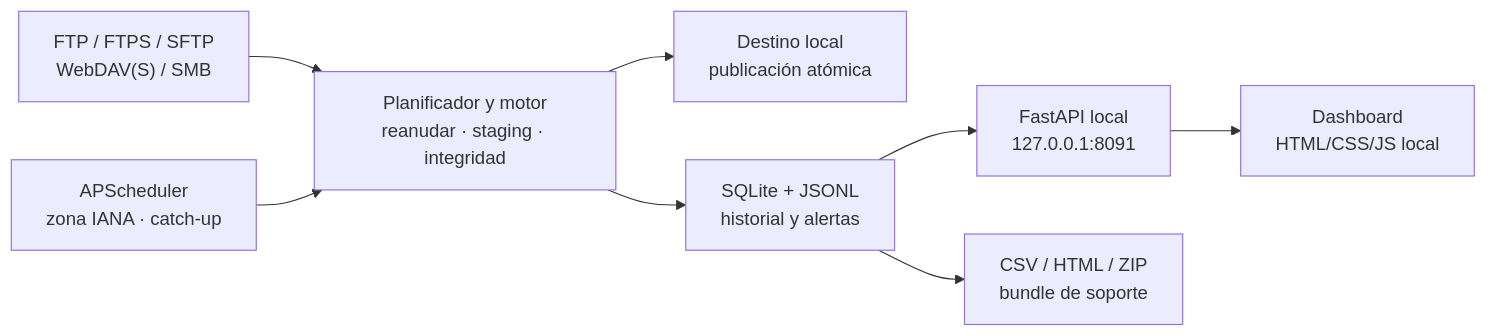
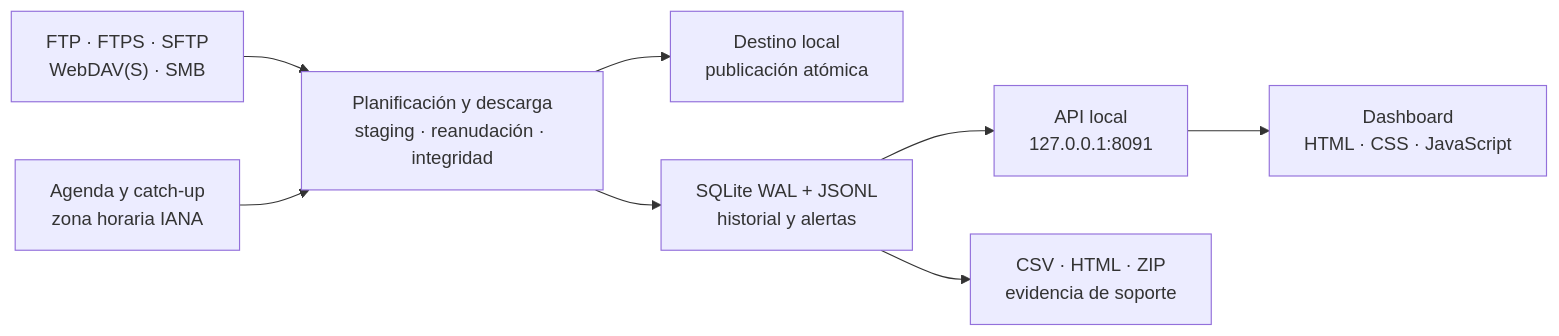
Before and after one commit to castellanosfelipe/Recolecta: the diagram in README.md, drawn with Mermaid. The commit also changed other lines of this file, not shown here.

````diff
--- a/README.md
+++ b/README.md
@@ -51,10 +187,10 @@
 ```mermaid
 flowchart LR
-    Sources["FTP / FTPS / SFTP<br/>WebDAV(S) / SMB"] --> Engine["Planificador y motor<br/>reanudar · staging · integridad"]
-    Scheduler["APScheduler<br/>zona IANA · catch-up"] --> Engine
+    Sources["FTP · FTPS · SFTP<br/>WebDAV(S) · SMB"] --> Engine["Planificación y descarga<br/>staging · reanudación · integridad"]
+    Scheduler["Agenda y catch-up<br/>zona horaria IANA"] --> Engine
     Engine --> Files["Destino local<br/>publicación atómica"]
-    Engine --> Audit["SQLite + JSONL<br/>historial y alertas"]
-    Audit --> API["FastAPI local<br/>127.0.0.1:8091"]
-    API --> UI["Dashboard<br/>HTML/CSS/JS local"]
-    Audit --> Exports["CSV / HTML / ZIP<br/>bundle de soporte"]
+    Engine --> Audit["SQLite WAL + JSONL<br/>historial y alertas"]
+    Audit --> API["API local<br/>127.0.0.1:8091"]
+    API --> UI["Dashboard<br/>HTML · CSS · JavaScript"]
+    Audit --> Exports["CSV · HTML · ZIP<br/>evidencia de soporte"]
 ```
````
